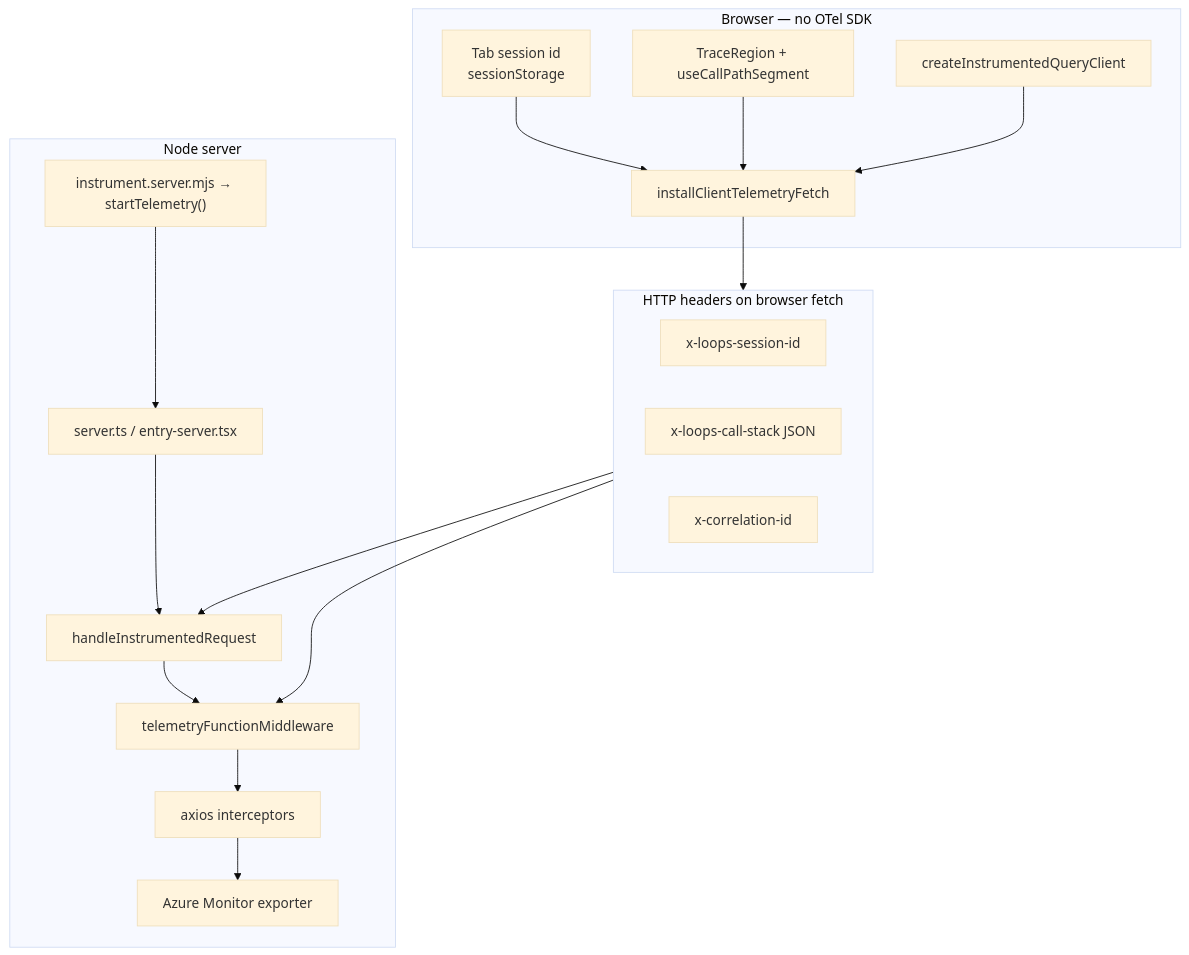
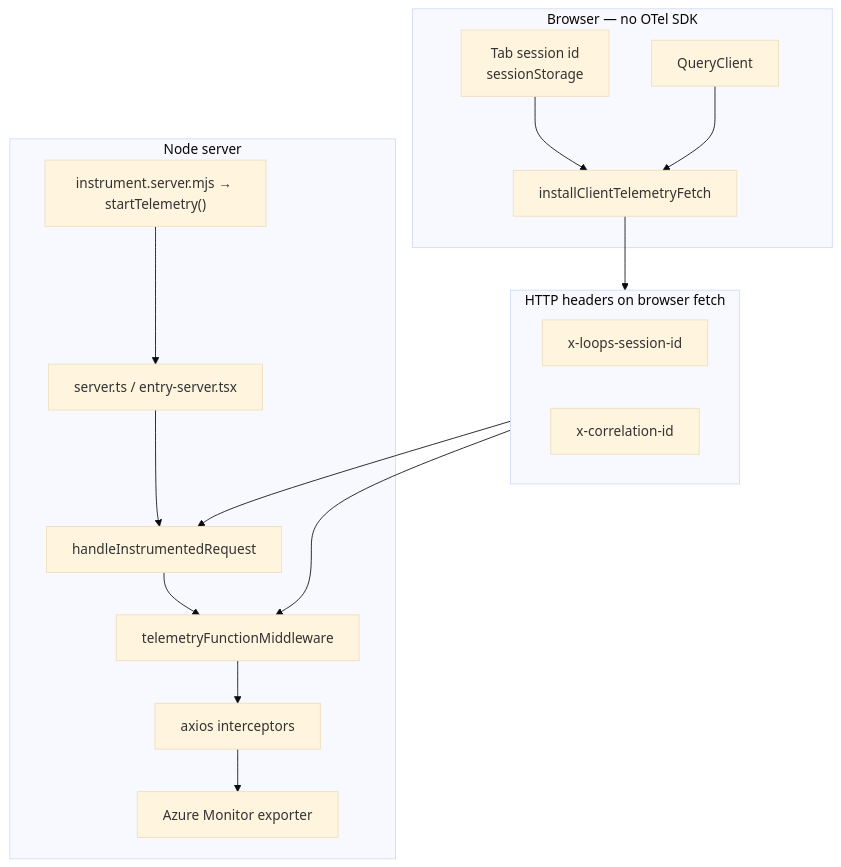
Before and after one commit to opus-loops/loops-app-v1: the diagram in docs/telemetry-reference.md, drawn with Mermaid (base theme). The commit also changed other lines of this file and 63 other files, not shown here.

````diff
--- a/docs/telemetry-reference.md
+++ b/docs/telemetry-reference.md
@@ -79,37 +76,34 @@
 ```mermaid
 flowchart TB
   subgraph browser [Browser — no OTel SDK]
     tab["Tab session id<br/>sessionStorage"]
-    traceRegion["TraceRegion + useCallPathSegment"]
     fetchPatch["installClientTelemetryFetch"]
-    queryClient["createInstrumentedQueryClient"]
+    queryClient["QueryClient"]
     tab --> fetchPatch
-    traceRegion --> fetchPatch
     queryClient --> fetchPatch
   end
 
   subgraph headers [HTTP headers on browser fetch]
     hSession["x-loops-session-id"]
-    hStack["x-loops-call-stack JSON"]
     hCorr["x-correlation-id"]
   end
 
   fetchPatch --> headers
 
   subgraph node [Node server]
     preload["instrument.server.mjs → startTelemetry()"]
     entry["server.ts / entry-server.tsx"]
     handleReq["handleInstrumentedRequest"]
     mwFn["telemetryFunctionMiddleware"]
     axios["axios interceptors"]
     azure["Azure Monitor exporter"]
     preload --> entry
     entry --> handleReq
     handleReq --> mwFn
     mwFn --> axios
     axios --> azure
   end
 
   headers --> handleReq
   headers --> mwFn
 ```
````
